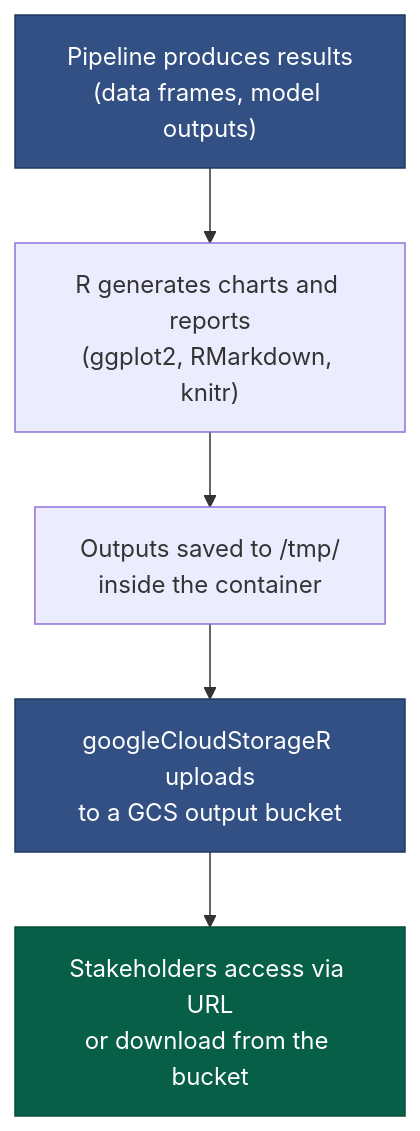
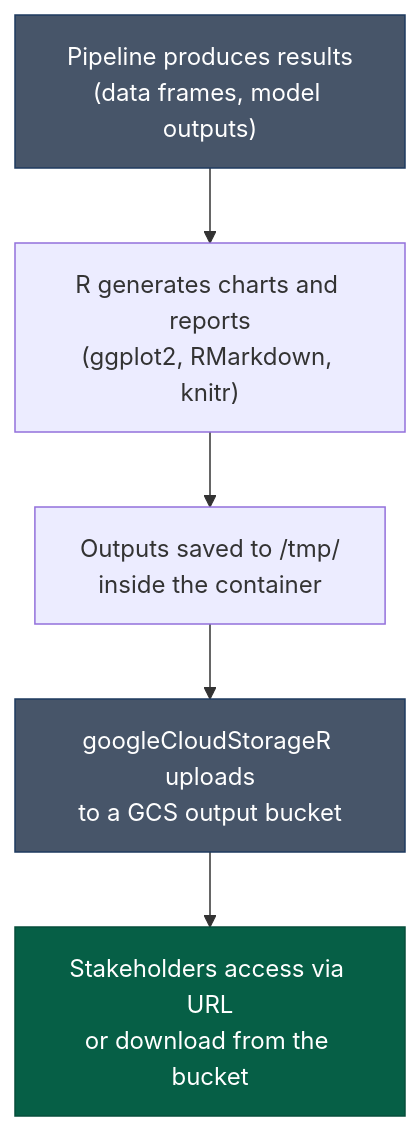
Before and after one commit to Ch3w3y/docker_gcp: the diagram in docs/outputs-and-reporting.md, drawn with Mermaid. The commit also changed 12 other files, not shown here.

````diff
--- a/docs/outputs-and-reporting.md
+++ b/docs/outputs-and-reporting.md
@@ -20,13 +20,13 @@
 ```mermaid
 flowchart TD
     A["Pipeline produces results<br/>(data frames, model outputs)"]
     B["R generates charts and reports<br/>(ggplot2, RMarkdown, knitr)"]
     C["Outputs saved to /tmp/<br/>inside the container"]
     D["googleCloudStorageR uploads<br/>to a GCS output bucket"]
     E["Stakeholders access via URL\nor download from the bucket"]
 
     A --> B --> C --> D --> E
-    style A fill:#325083,stroke:#1e3a5f,color:#ffffff
-    style D fill:#325083,stroke:#1e3a5f,color:#ffffff
+    style A fill:#475569,stroke:#1e3a5f,color:#ffffff
+    style D fill:#475569,stroke:#1e3a5f,color:#ffffff
     style E fill:#065f46,stroke:#064e3b,color:#ffffff
 ```
````
